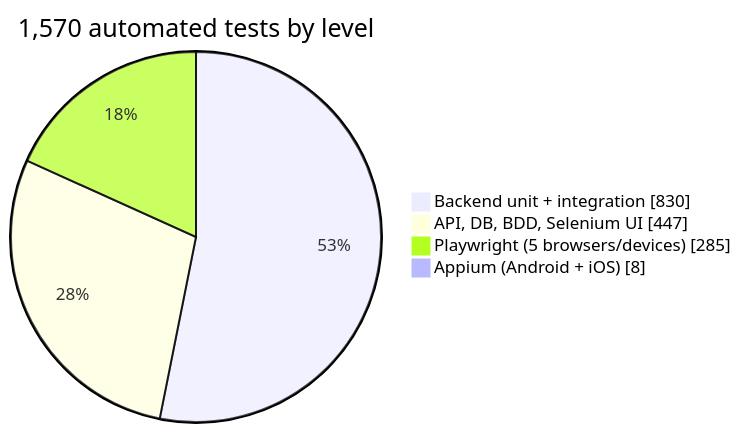
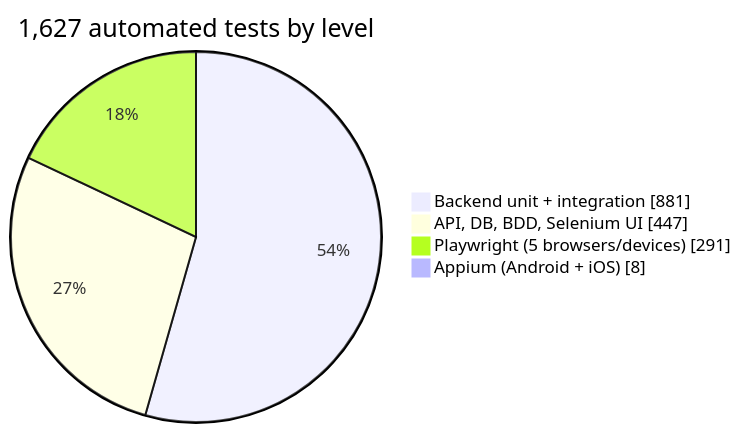
One commit to rbchy/RbcTcsWorld changed the first of 2 diagrams in README.md. Above: the diagram before and after it, drawn with Mermaid. The commit also changed other lines of this file and 3 other files, not shown here.

````diff
--- a/README.md
+++ b/README.md
@@ -44,8 +44,8 @@
 ```mermaid
 pie showData
-    title 1,570 automated tests by level
-    "Backend unit + integration" : 830
+    title 1,627 automated tests by level
+    "Backend unit + integration" : 881
     "API, DB, BDD, Selenium UI" : 447
-    "Playwright (5 browsers/devices)" : 285
+    "Playwright (5 browsers/devices)" : 291
     "Appium (Android + iOS)" : 8
 ```
````
